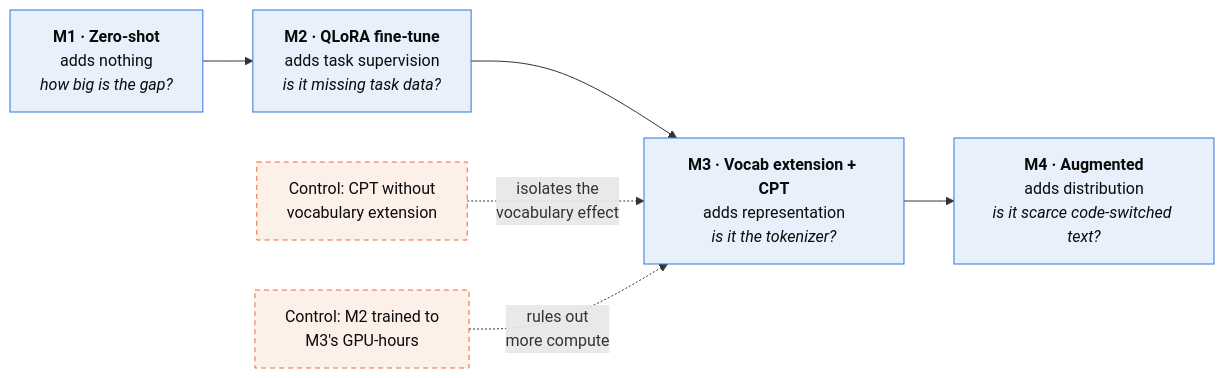
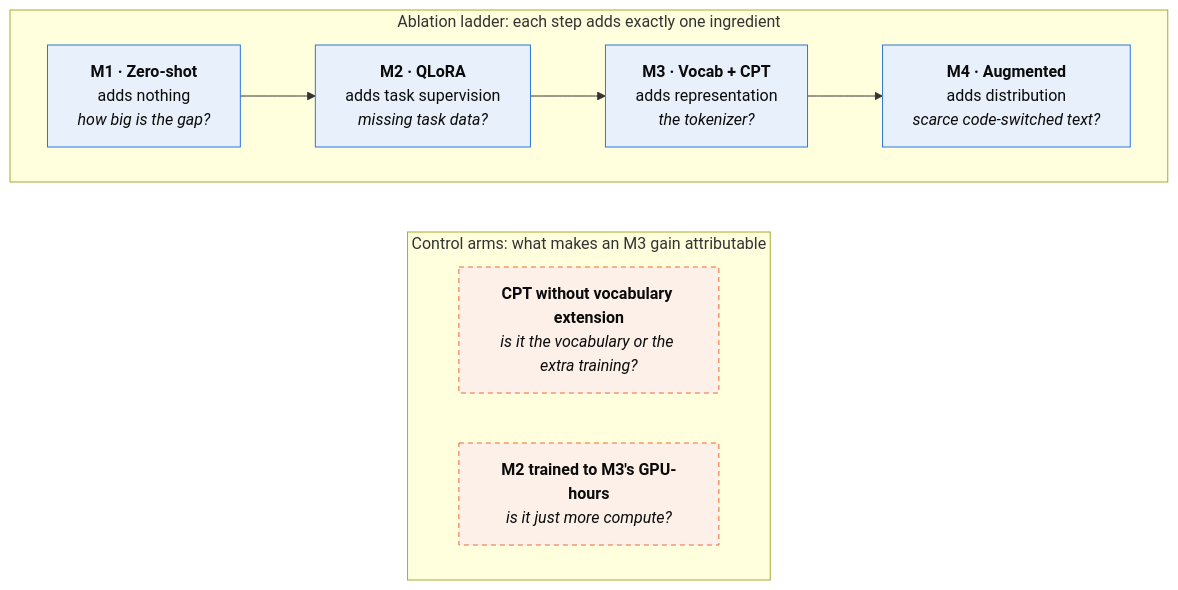
Before and after one commit to 298A-Team-2-Topic-23/Low-Resource-and-Code-Switched-Language-Systems: the first of 3 diagrams in README.md, drawn with Mermaid. The commit also changed other lines of this file, not shown here.

First line of the commit message:
README: redraw diagrams as stacked rows so GitHub renders them legibly

````diff
--- a/README.md
+++ b/README.md
@@ -90,14 +90,21 @@
 ```mermaid
-flowchart LR
-    M1["<b>M1 · Zero-shot</b><br/>adds nothing<br/><i>how big is the gap?</i>"]
-    M2["<b>M2 · QLoRA fine-tune</b><br/>adds task supervision<br/><i>is it missing task data?</i>"]
-    M3["<b>M3 · Vocab extension + CPT</b><br/>adds representation<br/><i>is it the tokenizer?</i>"]
-    M4["<b>M4 · Augmented</b><br/>adds distribution<br/><i>is it scarce code-switched text?</i>"]
-    M1 --> M2 --> M3 --> M4
-    C1["Control: CPT without<br/>vocabulary extension"] -. "isolates the<br/>vocabulary effect" .-> M3
-    C2["Control: M2 trained to<br/>M3's GPU-hours"] -. "rules out<br/>more compute" .-> M3
+flowchart TB
+    subgraph L["Ablation ladder: each step adds exactly one ingredient"]
+        direction LR
+        M1["<b>M1 · Zero-shot</b><br/>adds nothing<br/><i>how big is the gap?</i>"]
+        M2["<b>M2 · QLoRA</b><br/>adds task supervision<br/><i>missing task data?</i>"]
+        M3["<b>M3 · Vocab + CPT</b><br/>adds representation<br/><i>the tokenizer?</i>"]
+        M4["<b>M4 · Augmented</b><br/>adds distribution<br/><i>scarce code-switched text?</i>"]
+        M1 --> M2 --> M3 --> M4
+    end
+    subgraph C["Control arms: what makes an M3 gain attributable"]
+        direction LR
+        C1["<b>CPT without vocabulary extension</b><br/><i>is it the vocabulary or the extra training?</i>"]
+        C2["<b>M2 trained to M3's GPU-hours</b><br/><i>is it just more compute?</i>"]
+    end
+    L ~~~ C
     classDef model fill:#e8f1fb,stroke:#2a78d6,color:#0b0b0b
     classDef control fill:#fdf0e9,stroke:#eb6834,color:#0b0b0b,stroke-dasharray:5 4
     class M1,M2,M3,M4 model
     class C1,C2 control
 ```
````
